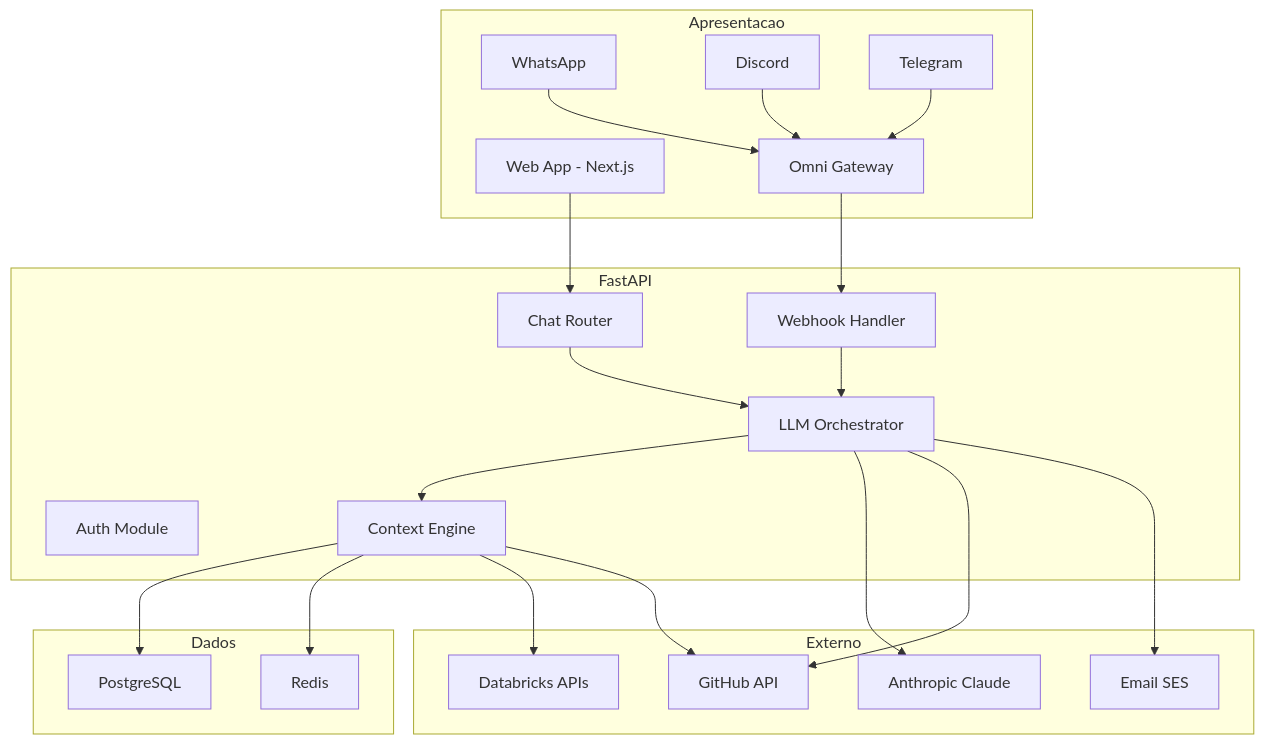
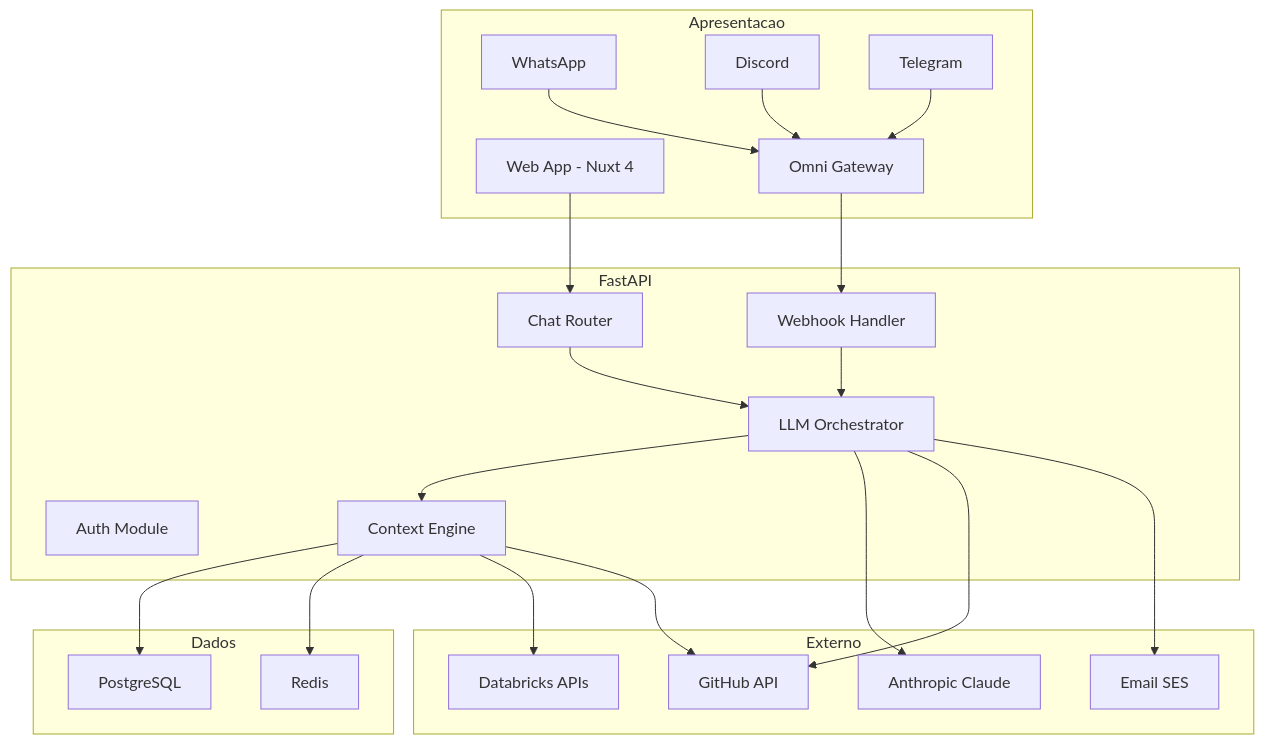
Before and after one commit to RodrigoSiliunas/agentic-workflow-medallion-pipeline: the diagram in analise_arquitetural/plataforma_conversacional_spec.md, drawn with Mermaid. The commit also changed other lines of this file, not shown here.

First line of the commit message:
docs: atualiza spec da plataforma para Nuxt 4.4.2 + Vue 3

````diff
--- a/analise_arquitetural/plataforma_conversacional_spec.md
+++ b/analise_arquitetural/plataforma_conversacional_spec.md
@@ -80,46 +80,46 @@
 ```mermaid
 graph TB
     subgraph Apresentacao
-        WEB[Web App - Next.js]
+        WEB[Web App - Nuxt 4]
         WA[WhatsApp]
         DC[Discord]
         TG[Telegram]
         OMNI[Omni Gateway]
         WA --> OMNI
         DC --> OMNI
         TG --> OMNI
     end
 
     subgraph API[FastAPI]
         AUTH[Auth Module]
         CHAT[Chat Router]
         WEBHOOK[Webhook Handler]
         ORCH[LLM Orchestrator]
         CTX[Context Engine]
         CHAT --> ORCH
         WEBHOOK --> ORCH
         ORCH --> CTX
     end
 
     subgraph Dados
         PG[PostgreSQL]
         REDIS[Redis]
     end
 
     subgraph Externo
         DBX[Databricks APIs]
         GH[GitHub API]
         CLAUDE[Anthropic Claude]
         EMAIL[Email SES]
     end
 
     WEB --> CHAT
     OMNI --> WEBHOOK
     CTX --> PG
     CTX --> REDIS
     CTX --> DBX
     CTX --> GH
     ORCH --> CLAUDE
     ORCH --> GH
     ORCH --> EMAIL
 ```
````
